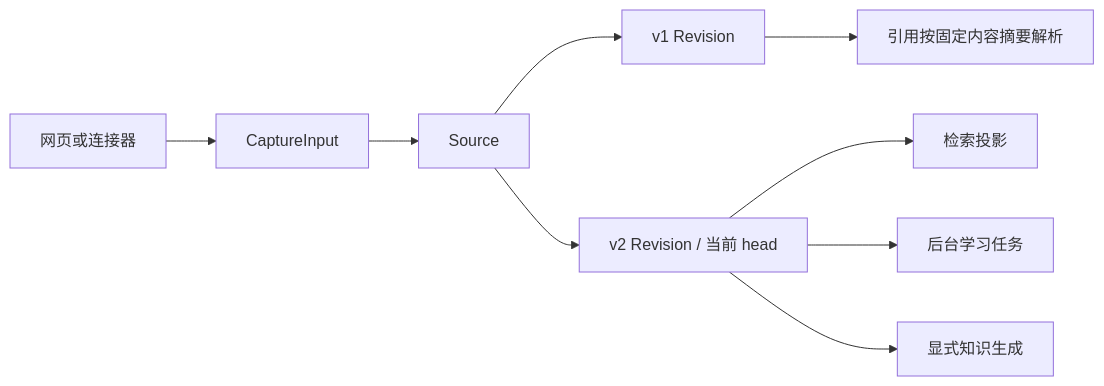
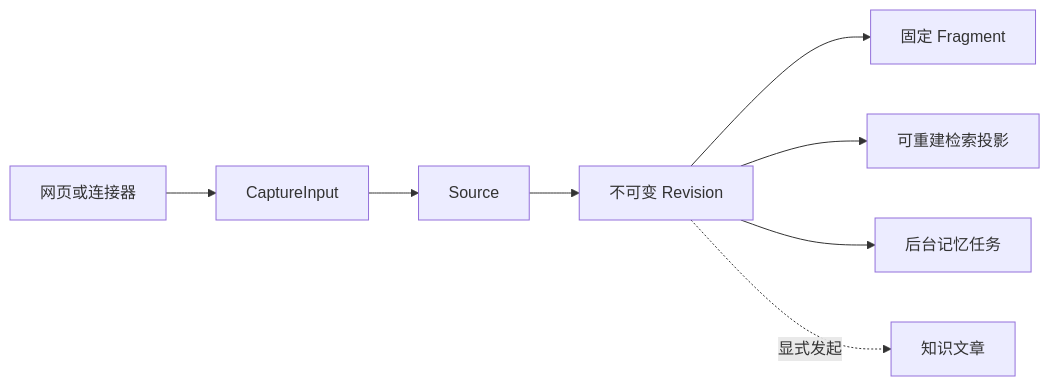
Before and after one commit to lejunyang/omem: the diagram in .repo-review/knowledge/articles/08e8de8e7788195db049c6fb0184ebc7888d9ec16a991ed19523deb074181035.md, drawn with Mermaid. The commit also changed other lines of this file and 7 other files, not shown here.

````diff
--- a/.repo-review/knowledge/articles/08e8de8e7788195db049c6fb0184ebc7888d9ec16a991ed19523deb074181035.md
+++ b/.repo-review/knowledge/articles/08e8de8e7788195db049c6fb0184ebc7888d9ec16a991ed19523deb074181035.md
@@ -22,11 +40,10 @@
 ```mermaid
 flowchart LR
   A[网页或连接器] --> B[CaptureInput]
   B --> C[Source]
-  C --> D[v1 Revision]
-  C --> E[v2 Revision / 当前 head]
-  E --> F[检索投影]
-  E --> G[后台学习任务]
-  E --> H[显式知识生成]
-  D --> I[引用按固定内容摘要解析]
+  C --> D[不可变 Revision]
+  D --> E[固定 Fragment]
+  D --> F[可重建检索投影]
+  D --> G[后台记忆任务]
+  D -.显式发起.-> H[知识文章]
 ```
````
